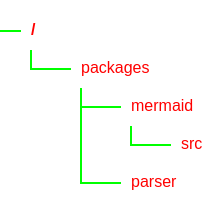
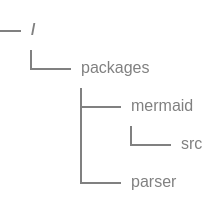
Before and after one commit to groovy-gorilla/tfx: the diagram in README.md, drawn with Mermaid.

````diff
--- a/README.md
+++ b/README.md
@@ -20,20 +20,20 @@
 ```mermaid
 ---
 config:
     treeView:
         rowIndent: 20
         lineThickness: 1
         paddingX: 5
         paddingY: 5
     themeVariables:
         treeView:
             labelFontSize: '8px'
-            labelColor: '#FF0000'
-            lineColor: '#00FF00'
+            labelColor: '#808080'
+            lineColor: '#808080'
 ---
 treeView-beta
     "packages"
         "mermaid"
             "src"
         "parser"
 ```
````
